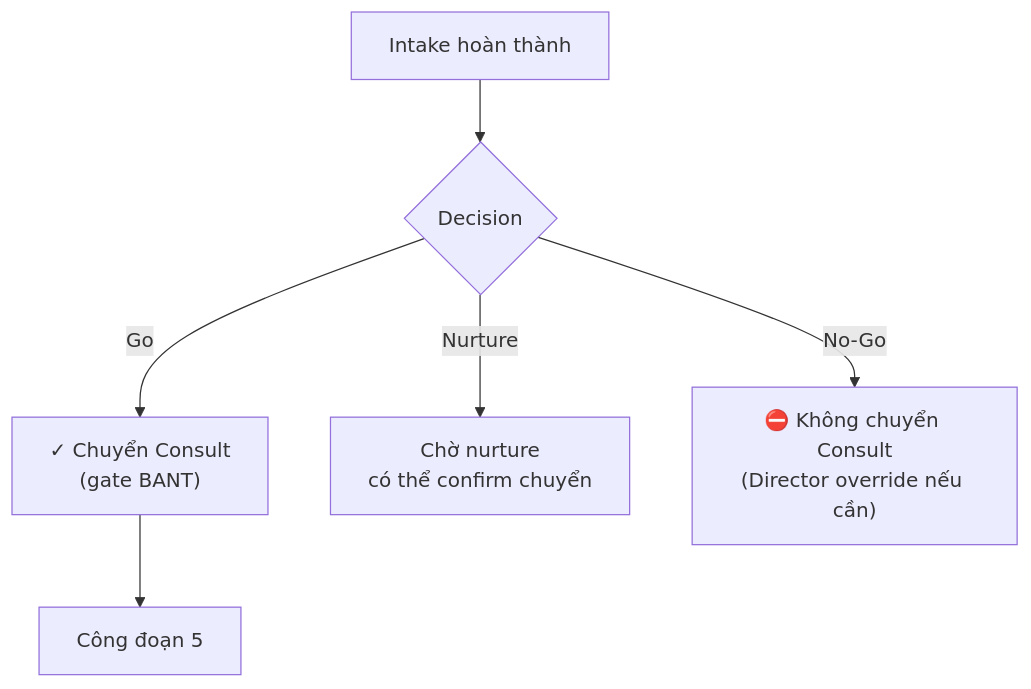
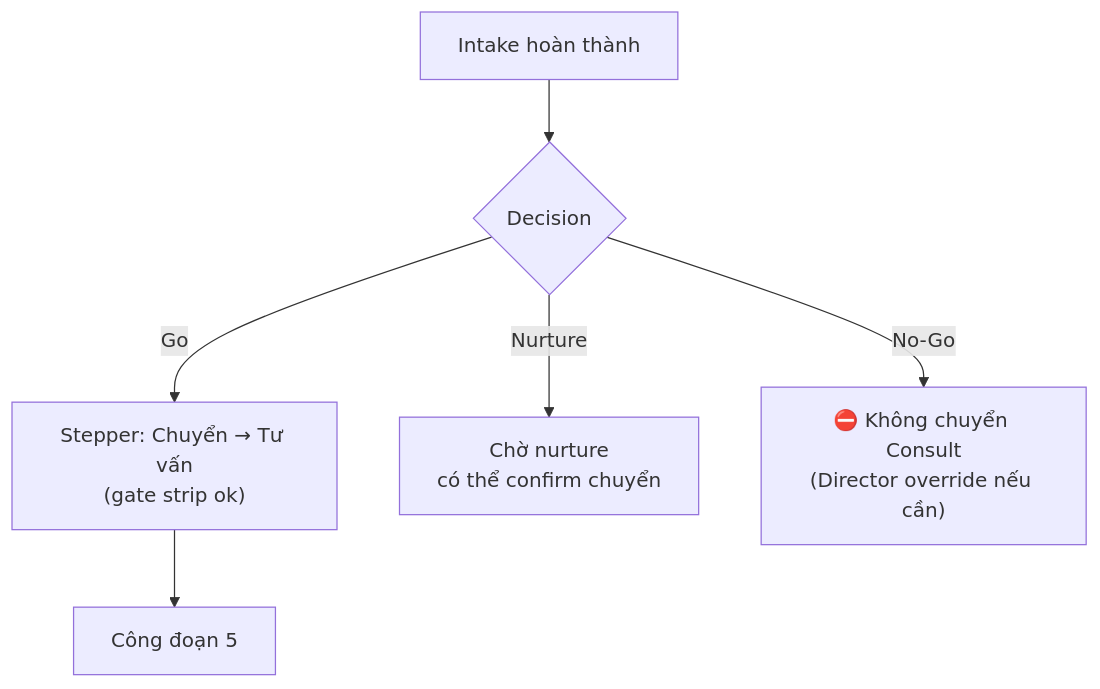
The sixth of 14 diagrams in docs/crm/huong-dan-day-du-lead-den-cham-soc-khach-hang.md (sdadtuan/RNOSAI), drawn with Mermaid before and after one commit. The commit also changed other lines of this file and 25 other files, not shown here.

First line of the commit message:
feat(ops-web): Intake BANT Phase 2.5 funnel stepper (E1–E4, E7)

````diff
--- a/docs/crm/huong-dan-day-du-lead-den-cham-soc-khach-hang.md
+++ b/docs/crm/huong-dan-day-du-lead-den-cham-soc-khach-hang.md
@@ -333,8 +350,8 @@
 ```mermaid
 flowchart TD
   I[Intake hoàn thành] --> D{Decision}
-  D -->|Go| G["✓ Chuyển Consult<br/>(gate BANT)"]
+  D -->|Go| G["Stepper: Chuyển → Tư vấn<br/>(gate strip ok)"]
   D -->|Nurture| N["Chờ nurture<br/>có thể confirm chuyển"]
   D -->|No-Go| X["⛔ Không chuyển Consult<br/>(Director override nếu cần)"]
   G --> C[Công đoạn 5]
 ```
````
